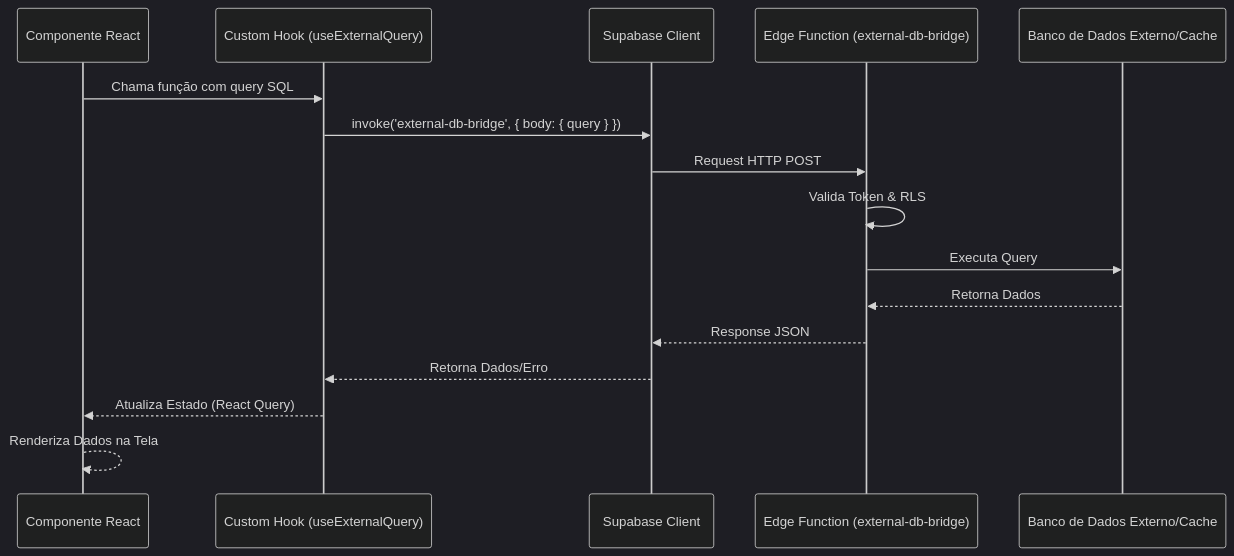
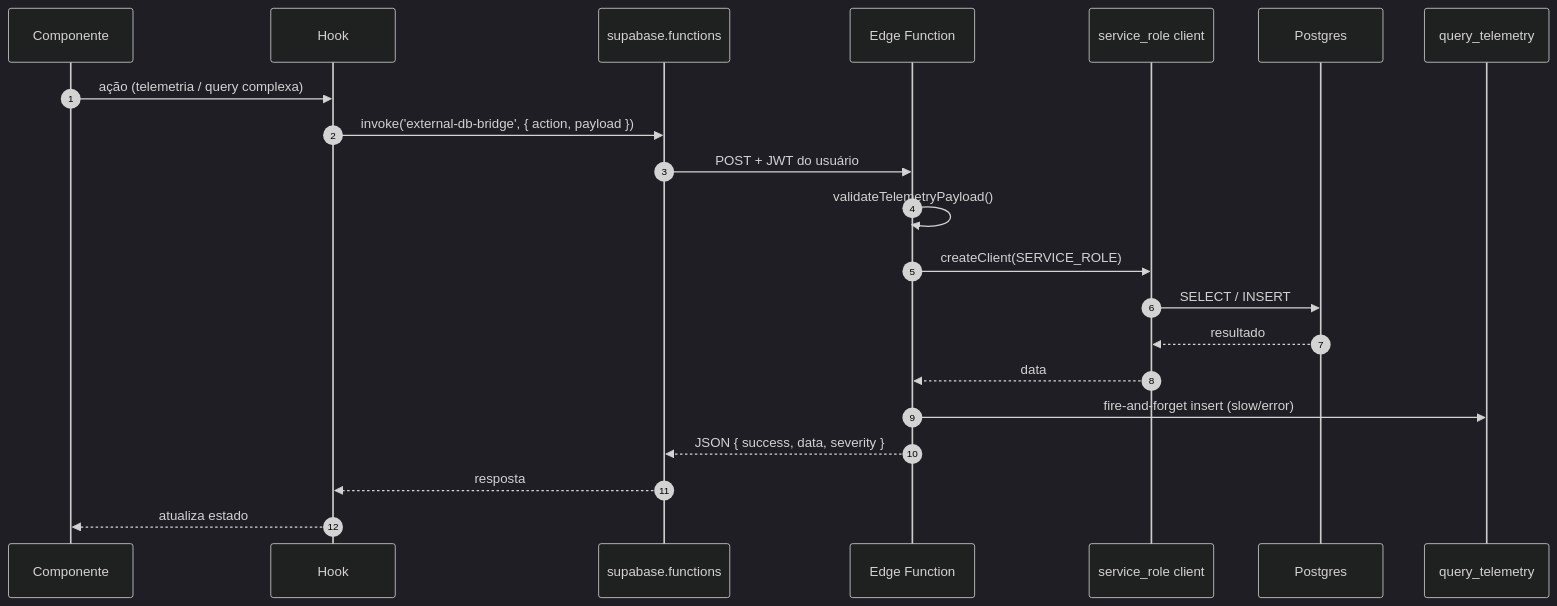
Before and after one commit to adm01-debug/Estoki_V2: the fourth of 5 diagrams in docs/ARCHITECTURE.md, drawn with Mermaid (dark theme). The commit also changed other lines of this file, not shown here.

````diff
--- a/docs/ARCHITECTURE.md
+++ b/docs/ARCHITECTURE.md
@@ -9,19 +129,24 @@
 ```mermaid
 sequenceDiagram
-    participant UI as Componente React
-    participant Hook as Custom Hook (useExternalQuery)
-    participant Supabase as Supabase Client
-    participant Edge as Edge Function (external-db-bridge)
-    participant DB as Banco de Dados Externo/Cache
+    autonumber
+    participant UI as Componente
+    participant H as Hook
+    participant SB as supabase.functions
+    participant EF as Edge Function
+    participant SR as service_role client
+    participant DB as Postgres
+    participant T as query_telemetry
 
-    UI->>Hook: Chama função com query SQL
-    Hook->>Supabase: invoke('external-db-bridge', { body: { query } })
-    Supabase->>Edge: Request HTTP POST
-    Edge->>Edge: Valida Token & RLS
-    Edge->>DB: Executa Query
-    DB-->>Edge: Retorna Dados
-    Edge-->>Supabase: Response JSON
-    Supabase-->>Hook: Retorna Dados/Erro
-    Hook-->>UI: Atualiza Estado (React Query)
-    UI-->>UI: Renderiza Dados na Tela
+    UI->>H: ação (telemetria / query complexa)
+    H->>SB: invoke('external-db-bridge', { action, payload })
+    SB->>EF: POST + JWT do usuário
+    EF->>EF: validateTelemetryPayload()
+    EF->>SR: createClient(SERVICE_ROLE)
+    SR->>DB: SELECT / INSERT
+    DB-->>SR: resultado
+    SR-->>EF: data
+    EF->>T: fire-and-forget insert (slow/error)
+    EF-->>SB: JSON { success, data, severity }
+    SB-->>H: resposta
+    H-->>UI: atualiza estado
 ```
````
